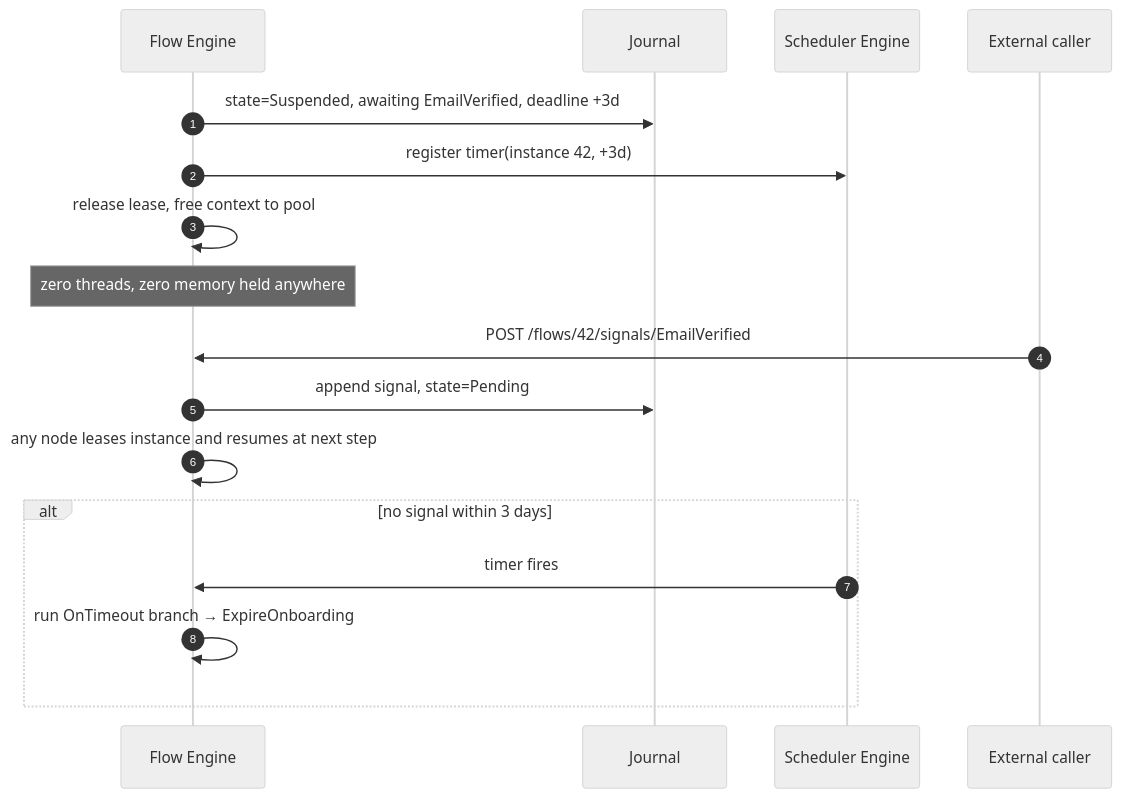
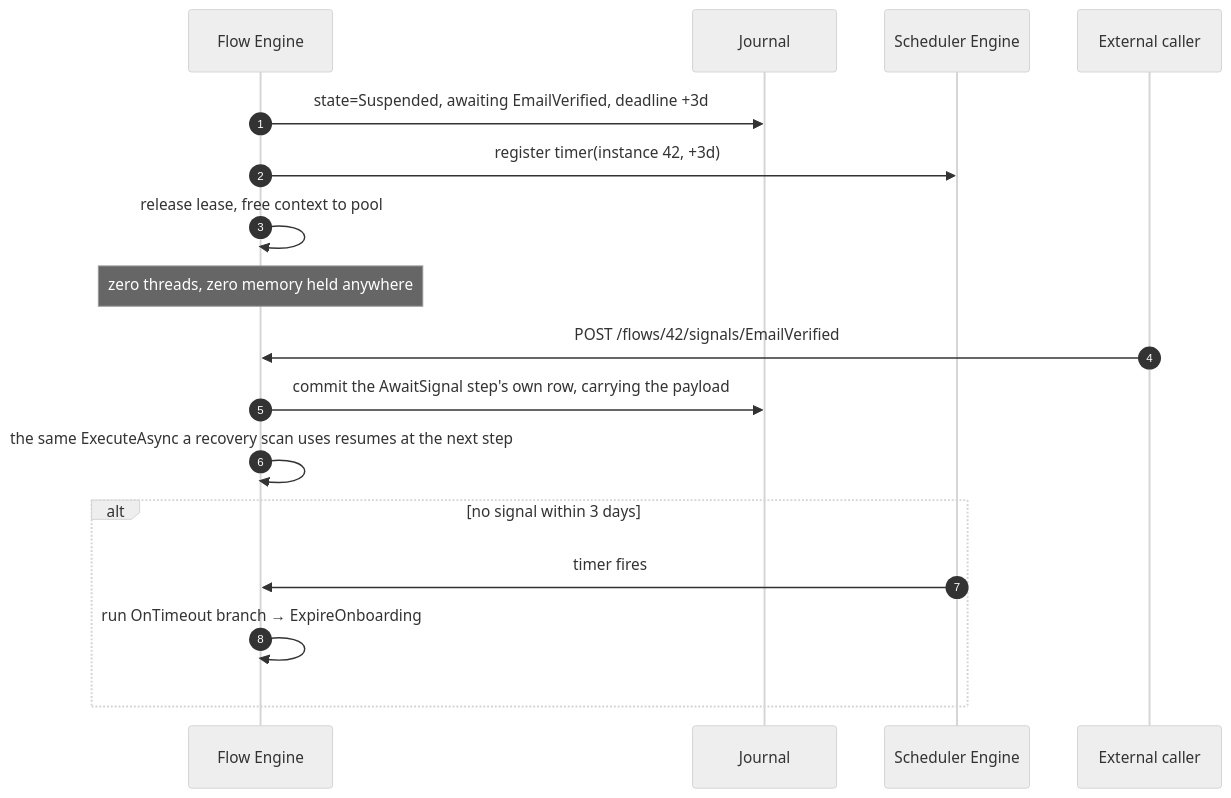
One commit to KhaiTrang1995/NexusFlow changed the fourth of 7 diagrams in docs/06-Execution-Engine.md. Above: the diagram before and after it, drawn with Mermaid (neutral theme). The commit also changed other lines of this file and 6 other files, not shown here.

````diff
--- a/docs/06-Execution-Engine.md
+++ b/docs/06-Execution-Engine.md
@@ -409,20 +444,20 @@
 ```mermaid
 sequenceDiagram
     autonumber
     participant FE as Flow Engine
     participant J as Journal
     participant SE as Scheduler Engine
     participant EXT as External caller
 
     FE->>J: state=Suspended, awaiting EmailVerified, deadline +3d
     FE->>SE: register timer(instance 42, +3d)
     FE->>FE: release lease, free context to pool
     Note over FE: zero threads, zero memory held anywhere
     EXT->>FE: POST /flows/42/signals/EmailVerified
-    FE->>J: append signal, state=Pending
-    FE->>FE: any node leases instance and resumes at next step
+    FE->>J: commit the AwaitSignal step's own row, carrying the payload
+    FE->>FE: the same ExecuteAsync a recovery scan uses resumes at the next step
     alt no signal within 3 days
         SE->>FE: timer fires
         FE->>FE: run OnTimeout branch → ExpireOnboarding
     end
 ```
````
